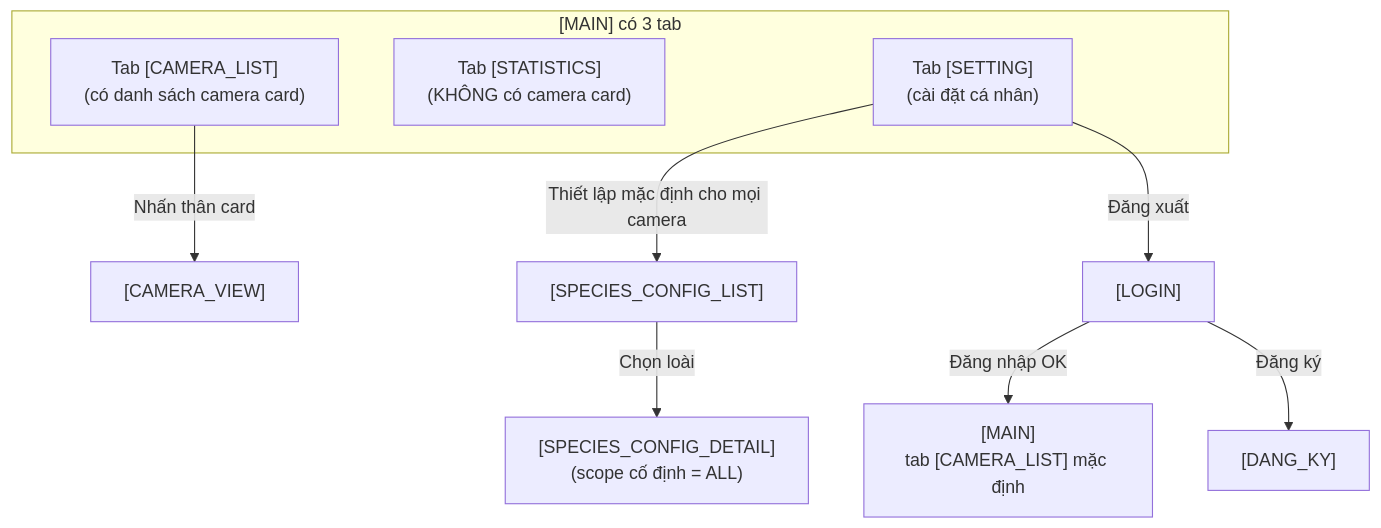
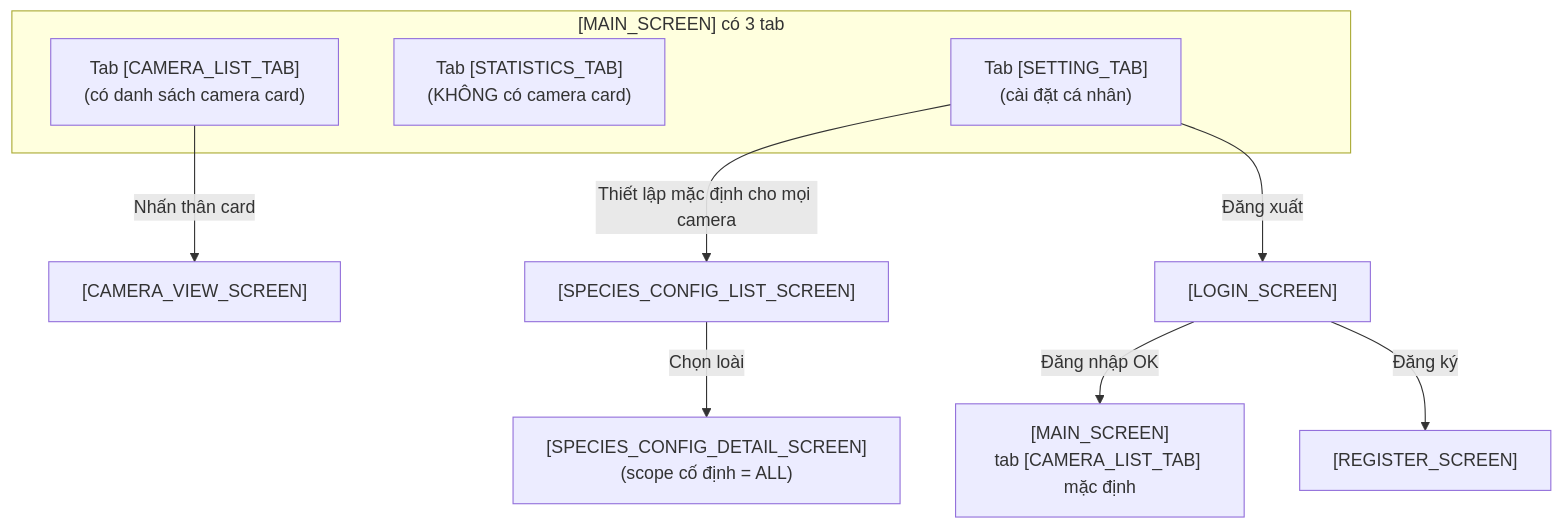
The diagram in outputs/dac-ta-man-hinh-android-app.md (trungnguyenthien/Wildlife-Warning-and-Deterrence-System), drawn with Mermaid before and after one commit. The commit also changed other lines of this file, not shown here.

Commit message:
docs: update Android app UI/UX specifications for screen navigation and component naming

````diff
--- a/outputs/dac-ta-man-hinh-android-app.md
+++ b/outputs/dac-ta-man-hinh-android-app.md
@@ -306,24 +364,24 @@
 ```mermaid
 flowchart TD
-    Login["[LOGIN]"] -->|"Đăng nhập OK"| Main["[MAIN]<br/>tab [CAMERA_LIST] mặc định"]
-    Login -->|"Đăng ký"| Reg["[DANG_KY]"]
+    Login["[LOGIN_SCREEN]"] -->|"Đăng nhập OK"| Main["[MAIN_SCREEN]<br/>tab [CAMERA_LIST_TAB] mặc định"]
+    Login -->|"Đăng ký"| Reg["[REGISTER_SCREEN]"]
 
-    %% Trong [MAIN] chỉ tab [CAMERA_LIST] mới có danh sách camera
-    subgraph MainTabs["[MAIN] có 3 tab"]
-        TabCL["Tab [CAMERA_LIST]<br/>(có danh sách camera card)"]
-        TabS["Tab [STATISTICS]<br/>(KHÔNG có camera card)"]
-        TabSet["Tab [SETTING]<br/>(cài đặt cá nhân)"]
+    %% Trong [MAIN_SCREEN] chỉ tab [CAMERA_LIST_TAB] mới có danh sách camera
+    subgraph MainTabs["[MAIN_SCREEN] có 3 tab"]
+        TabCL["Tab [CAMERA_LIST_TAB]<br/>(có danh sách camera card)"]
+        TabS["Tab [STATISTICS_TAB]<br/>(KHÔNG có camera card)"]
+        TabSet["Tab [SETTING_TAB]<br/>(cài đặt cá nhân)"]
     end
 
-    %% Nhấn thân card → mở CAMERA_VIEW (gộp ảnh + đổi tên + log)
-    TabCL -->|"Nhấn thân card"| CamView["[CAMERA_VIEW]"]
+    %% Nhấn thân card → mở CAMERA_VIEW_SCREEN
+    TabCL -->|"Nhấn thân card"| CamView["[CAMERA_VIEW_SCREEN]"]
 
     %% Cấu hình ứng phó: đi từ tab SETTING → SPECIES_CONFIG_LIST → SPECIES_CONFIG_DETAIL
-    SpList["[SPECIES_CONFIG_LIST]"]
-    SpDetail["[SPECIES_CONFIG_DETAIL]<br/>(scope cố định = ALL)"]
+    SpList["[SPECIES_CONFIG_LIST_SCREEN]"]
+    SpDetail["[SPECIES_CONFIG_DETAIL_SCREEN]<br/>(scope cố định = ALL)"]
     TabSet -->|"Thiết lập mặc định cho mọi camera"| SpList
     SpList -->|"Chọn loài"| SpDetail
 
     %% Đăng xuất thẳng về LOGIN
     TabSet -->|"Đăng xuất"| Login
 ```
````
